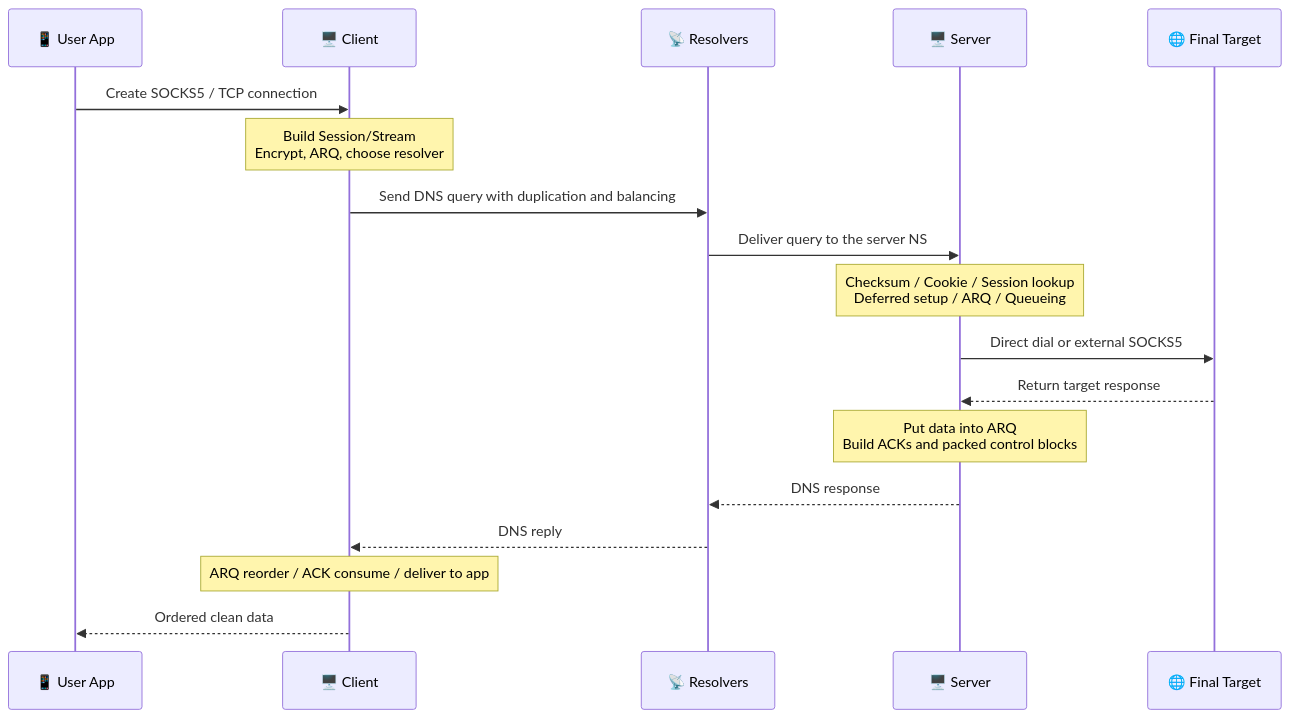
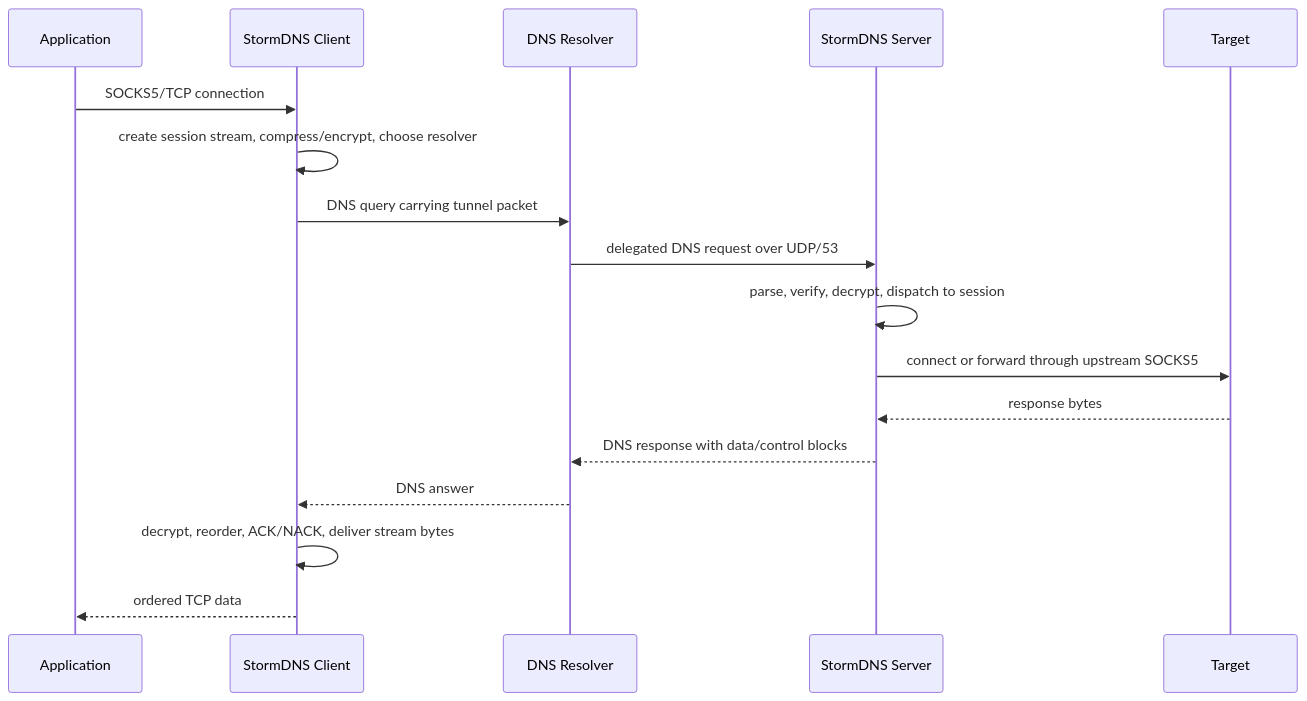
Before and after one commit to rasoultaji/StormDNS: the second of 2 diagrams in README.MD, drawn with Mermaid. The commit also changed other lines of this file and 10 other files, not shown here.

````diff
--- a/README.MD
+++ b/README.MD
@@ -936,21 +520,20 @@
 ```mermaid
 sequenceDiagram
-    participant App as 📱 User App
-    participant Client as 🖥️ Client
-    participant DNS as 📡 Resolvers
-    participant Server as 🖥️ Server
-    participant Target as 🌐 Final Target
+    participant App as Application
+    participant Client as StormDNS Client
+    participant Resolver as DNS Resolver
+    participant Server as StormDNS Server
+    participant Target as Target
 
-    App->>Client: Create SOCKS5 / TCP connection
-    Note over Client: Build Session/Stream<br/>Encrypt, ARQ, choose resolver
-    Client->>DNS: Send DNS query with duplication and balancing
-    DNS->>Server: Deliver query to the server NS
-    Note over Server: Checksum / Cookie / Session lookup<br/>Deferred setup / ARQ / Queueing
-    Server->>Target: Direct dial or external SOCKS5
-    Target-->>Server: Return target response
-    Note over Server: Put data into ARQ<br/>Build ACKs and packed control blocks
-    Server-->>DNS: DNS response
-    DNS-->>Client: DNS reply
-    Note over Client: ARQ reorder / ACK consume / deliver to app
-    Client-->>App: Ordered clean data
+    App->>Client: SOCKS5/TCP connection
+    Client->>Client: create session stream, compress/encrypt, choose resolver
+    Client->>Resolver: DNS query carrying tunnel packet
+    Resolver->>Server: delegated DNS request over UDP/53
+    Server->>Server: parse, verify, decrypt, dispatch to session
+    Server->>Target: connect or forward through upstream SOCKS5
+    Target-->>Server: response bytes
+    Server-->>Resolver: DNS response with data/control blocks
+    Resolver-->>Client: DNS answer
+    Client->>Client: decrypt, reorder, ACK/NACK, deliver stream bytes
+    Client-->>App: ordered TCP data
 ```
````
